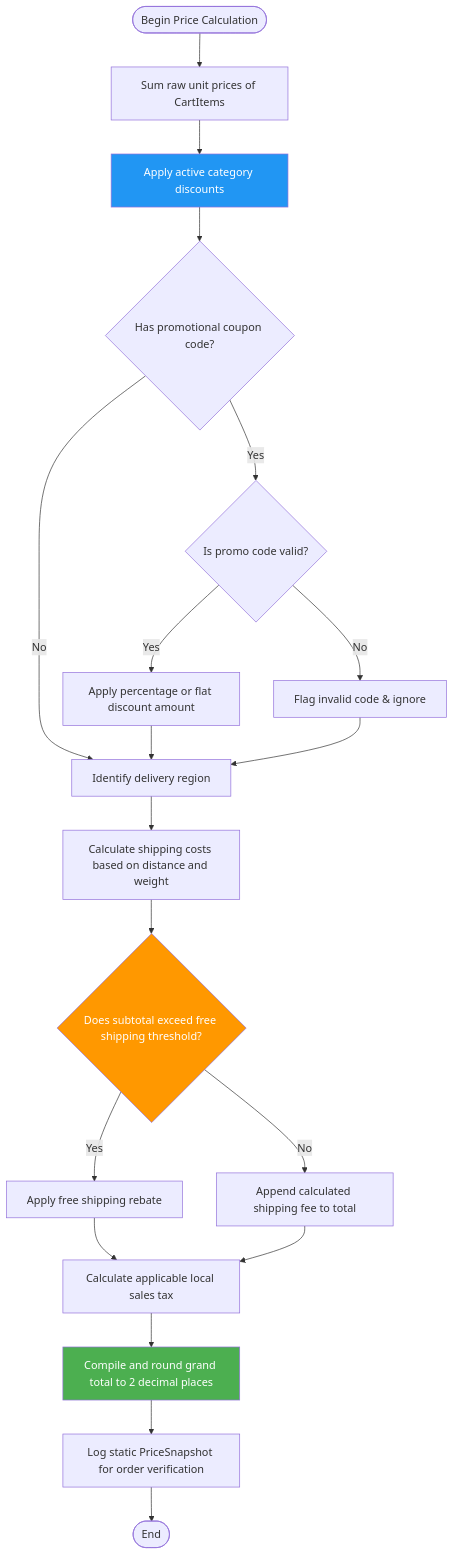
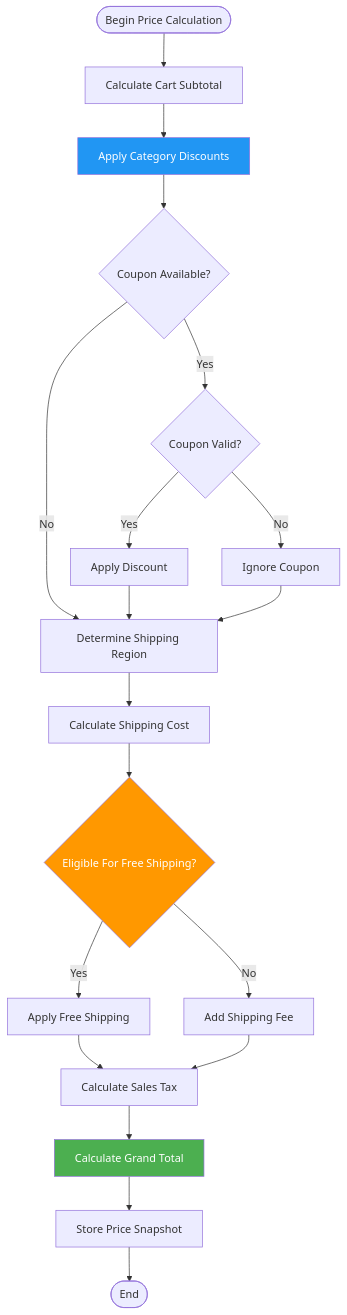
Before and after one commit to hananabedalkareemabololy/RuqiStore-Documentation: the fifth of 5 diagrams in Final Project Sample/07-uml-behavioral.md, drawn with Mermaid. The commit also changed other lines of this file, not shown here.

````diff
--- a/Final Project Sample/07-uml-behavioral.md
+++ b/Final Project Sample/07-uml-behavioral.md
@@ -221,35 +218,36 @@
 ```mermaid
 flowchart TD
-    Start([Begin Price Calculation]) --> A[Sum raw unit prices of CartItems]
 
-    A --> B[Apply active category discounts]
+    Start([Begin Price Calculation]) --> A[Calculate Cart Subtotal]
 
-    B --> C{Has promotional coupon code?}
+    A --> B[Apply Category Discounts]
 
-    C -->|Yes| D{Is promo code valid?}
+    B --> C{Coupon Available?}
 
-    D -->|Yes| E[Apply percentage or flat discount amount]
-    D -->|No| F[Flag invalid code & ignore]
+    C -->|Yes| D{Coupon Valid?}
 
-    C -->|No| G[Identify delivery region]
+    D -->|Yes| E[Apply Discount]
+    D -->|No| F[Ignore Coupon]
+
+    C -->|No| G[Determine Shipping Region]
     E --> G
     F --> G
 
-    G --> H[Calculate shipping costs based on distance and weight]
+    G --> H[Calculate Shipping Cost]
 
-    H --> I{Does subtotal exceed free shipping threshold?}
+    H --> I{Eligible For Free Shipping?}
 
-    I -->|Yes| J[Apply free shipping rebate]
-    I -->|No| K[Append calculated shipping fee to total]
+    I -->|Yes| J[Apply Free Shipping]
+    I -->|No| K[Add Shipping Fee]
 
-    J --> L[Calculate applicable local sales tax]
+    J --> L[Calculate Sales Tax]
     K --> L
 
-    L --> M[Compile and round grand total to 2 decimal places]
-    M --> N[Log static PriceSnapshot for order verification]
+    L --> M[Calculate Grand Total]
+    M --> N[Store Price Snapshot]
     N --> End([End])
 
     style B fill:#2196f3,color:#fff
     style I fill:#ff9800,color:#fff
     style M fill:#4caf50,color:#fff
 ```
````
